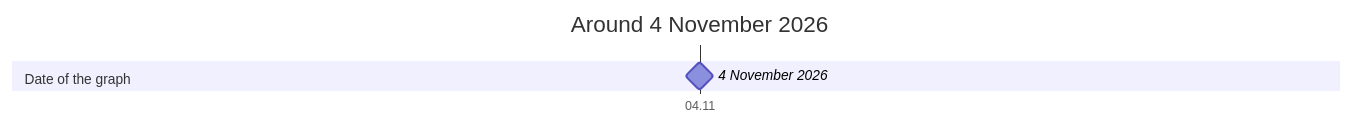
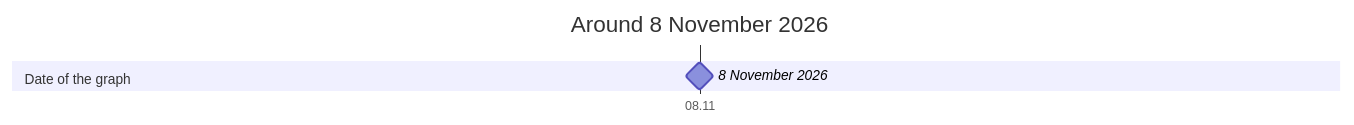
One commit to advancedcognitivesystems-ai/trame changed the diagram in docs/timeline.md. Above: the diagram before and after it, drawn with Mermaid. The commit also changed other lines of this file and 205 other files, not shown here.

````diff
--- a/docs/timeline.md
+++ b/docs/timeline.md
@@ -5,8 +5,8 @@
 ```mermaid
 gantt
   dateFormat YYYY-MM-DD
   axisFormat %d.%m
-  title Around 4 November 2026
+  title Around 8 November 2026
   section Date of the graph
-    4 November 2026 : milestone, 2026-11-04, 0d
+    8 November 2026 : milestone, 2026-11-08, 0d
 ```
````
